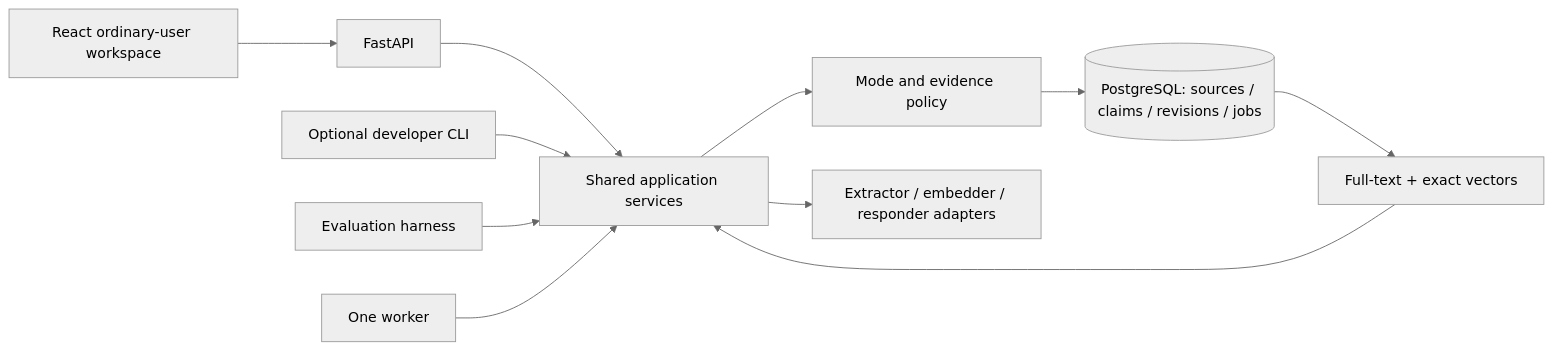
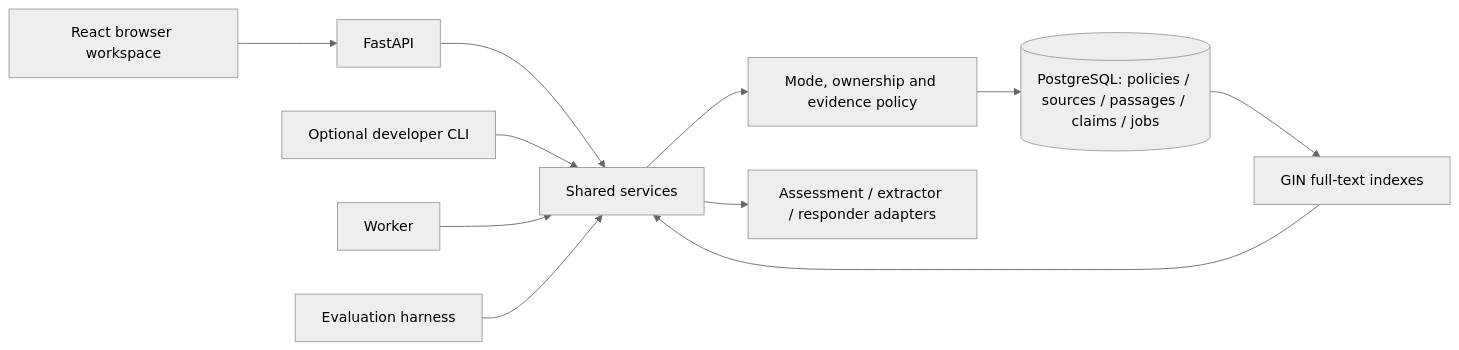
Before and after one commit to harshith0518/LocalSemanticMemory: the first of 2 diagrams in ARCHITECTURE.md, drawn with Mermaid (neutral theme). The commit also changed other lines of this file and 41 other files, not shown here.

````diff
--- a/ARCHITECTURE.md
+++ b/ARCHITECTURE.md
@@ -52,13 +5,13 @@
 ```mermaid
 flowchart LR
-  UI[React ordinary-user workspace] --> API[FastAPI]
-  API --> S[Shared application services]
+  UI[React browser workspace] --> API[FastAPI]
+  API --> S[Shared services]
   CLI[Optional developer CLI] --> S
+  WORKER[Worker] --> S
   EVAL[Evaluation harness] --> S
-  WORKER[One worker] --> S
-  S --> POLICY[Mode and evidence policy]
-  POLICY --> DB[(PostgreSQL: sources / claims / revisions / jobs)]
-  S --> MODELS[Extractor / embedder / responder adapters]
-  DB --> SEARCH[Full-text + exact vectors]
+  S --> POLICY[Mode, ownership and evidence policy]
+  POLICY --> DB[(PostgreSQL: policies / sources / passages / claims / jobs)]
+  S --> MODELS[Assessment / extractor / responder adapters]
+  DB --> SEARCH[GIN full-text indexes]
   SEARCH --> S
 ```
````
